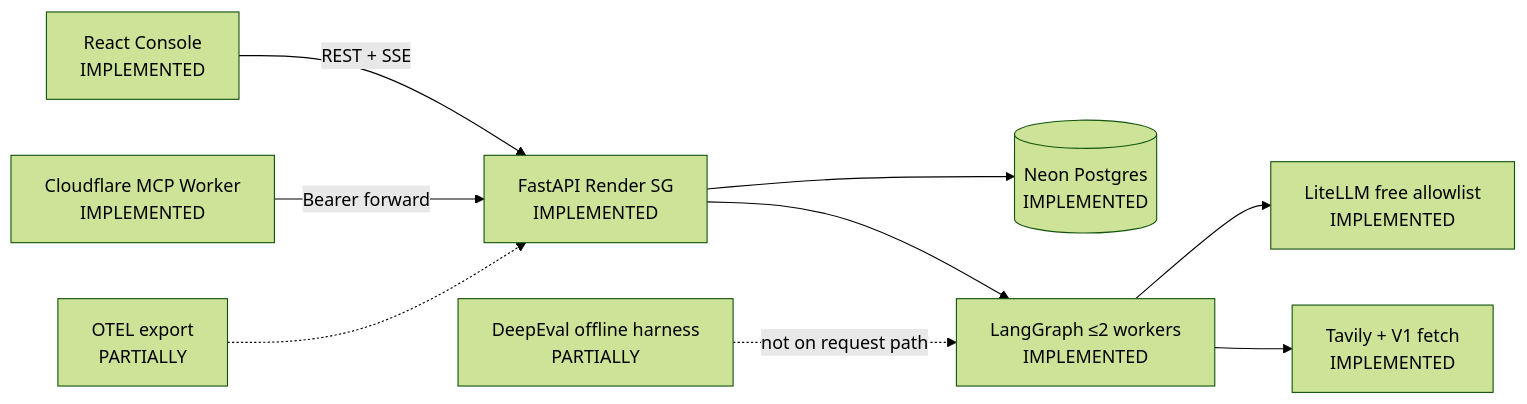
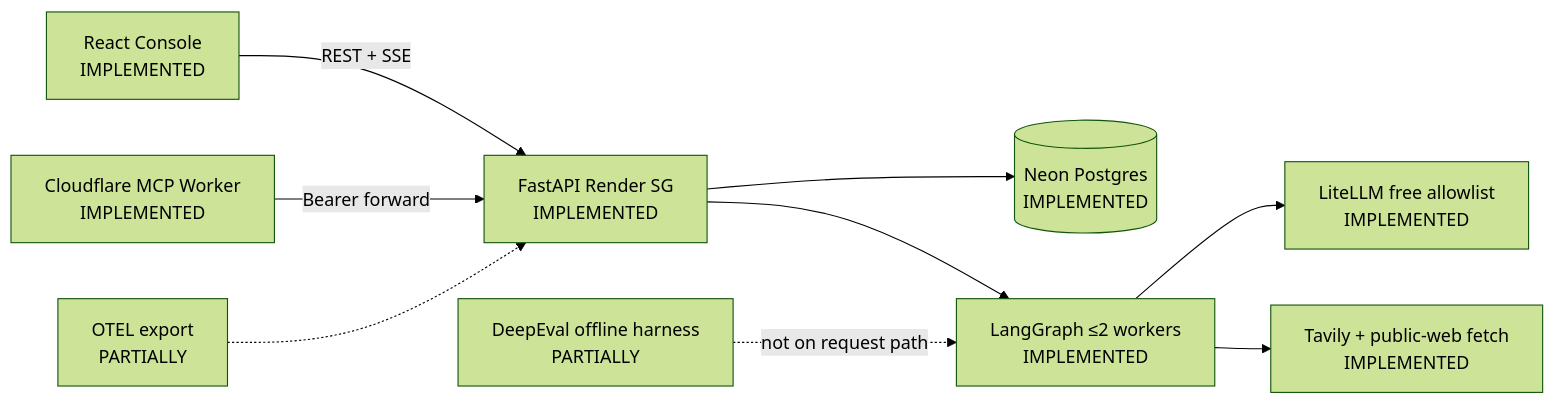
One commit to sumitjadhav1703/Multi_agent_research_system changed the second of 4 diagrams in docs/engineering-story/README.md. Above: the diagram before and after it, drawn with Mermaid (forest theme). The commit also changed other lines of this file and 35 other files, not shown here.

````diff
--- a/docs/engineering-story/README.md
+++ b/docs/engineering-story/README.md
@@ -102,11 +101,11 @@
 ```mermaid
 flowchart LR
   Console[React Console<br/>IMPLEMENTED] -->|REST + SSE| API[FastAPI Render SG<br/>IMPLEMENTED]
   MCP[Cloudflare MCP Worker<br/>IMPLEMENTED] -->|Bearer forward| API
   API --> Neon[(Neon Postgres<br/>IMPLEMENTED)]
   API --> Graph[LangGraph ≤2 workers<br/>IMPLEMENTED]
   Graph --> Router[LiteLLM free allowlist<br/>IMPLEMENTED]
-  Graph --> Search[Tavily + V1 fetch<br/>IMPLEMENTED]
+  Graph --> Search[Tavily + public-web fetch<br/>IMPLEMENTED]
   Eval[DeepEval offline harness<br/>PARTIALLY] -.->|not on request path| Graph
   OTEL[OTEL export<br/>PARTIALLY] -.-> API
 ```
````
